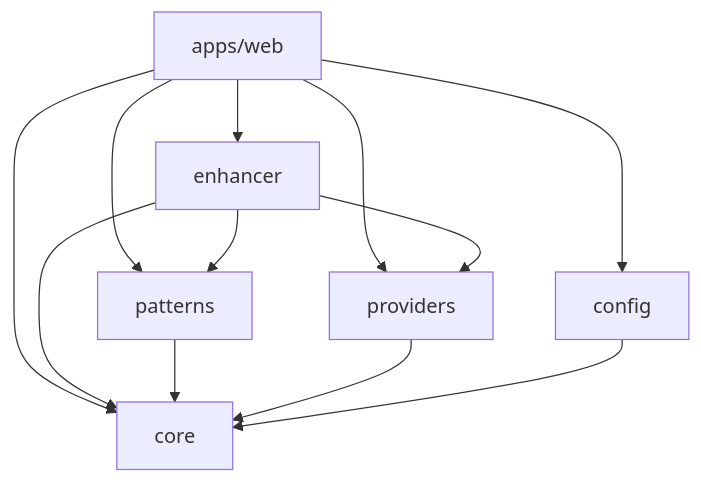
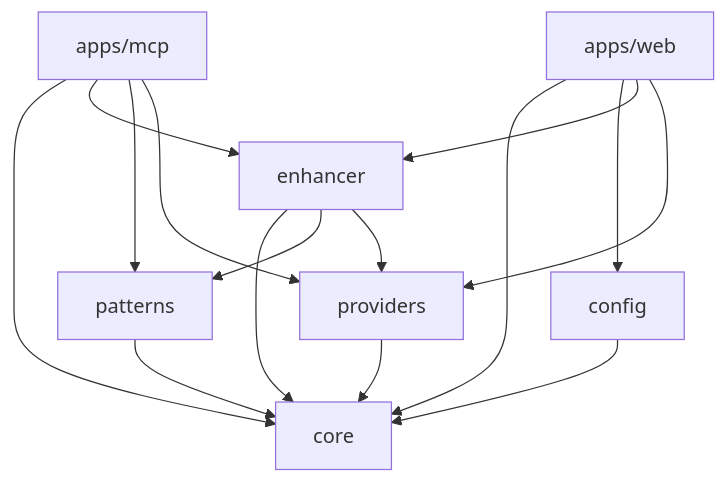
One commit to jdgiles26/agentic-mcp-server changed the third of 3 diagrams in docs/architecture.md. Above: the diagram before and after it, drawn with Mermaid. The commit also changed other lines of this file and 18 other files, not shown here.

````diff
--- a/docs/architecture.md
+++ b/docs/architecture.md
@@ -38,16 +96,20 @@
 ```mermaid
 graph TD
   web[apps/web] --> core
+  web --> config
   web --> enhancer
   web --> providers
-  web --> config
-  web --> patterns
+
+  mcp[apps/mcp] --> core
+  mcp --> enhancer
+  mcp --> patterns
+  mcp --> providers
 
   enhancer --> core
   enhancer --> patterns
   enhancer --> providers
 
   patterns --> core
   providers --> core
   config --> core
 ```
````
